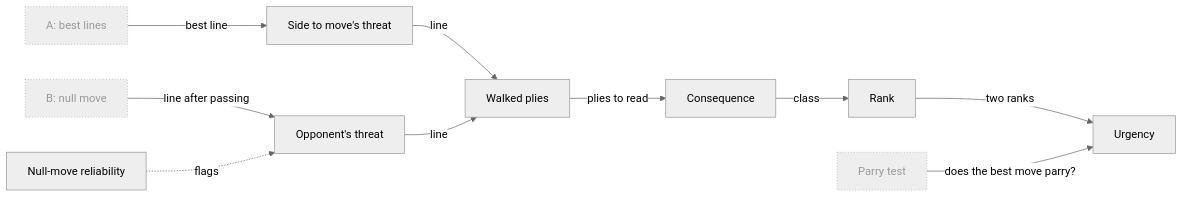
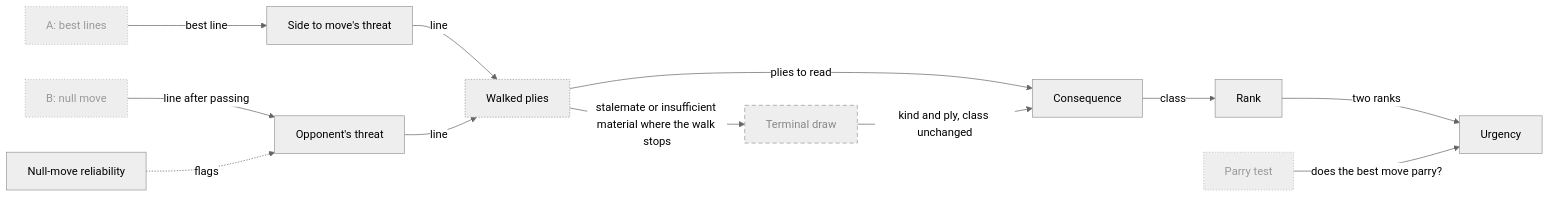
One commit to aurja/ChessWhy changed the fourth of 25 diagrams in Planning/DBC/CONCEPTS.md. Above: the diagram before and after it, drawn with Mermaid (neutral theme). The commit also changed other lines of this file and 3 other files, not shown here.

````diff
--- a/Planning/DBC/CONCEPTS.md
+++ b/Planning/DBC/CONCEPTS.md
@@ -180,25 +186,30 @@
 ```mermaid
 flowchart LR
     SearchA["A: best lines"]
     SearchB["B: null move"]
     ParryTest["Parry test"]
     SideThreat["Side to move's threat"]
     OpponentThreat["Opponent's threat"]
     NullMoveReliable["Null-move reliability"]
     WalkedPlies["Walked plies"]
     Consequence["Consequence"]
+    TerminalDraw["Terminal draw"]
     ConsequenceRank["Rank"]
     Urgency["Urgency"]
     SearchA -->|best line| SideThreat
     SearchB -->|line after passing| OpponentThreat
     NullMoveReliable -.->|flags| OpponentThreat
     SideThreat & OpponentThreat -->|line| WalkedPlies
     WalkedPlies -->|plies to read| Consequence
+    WalkedPlies -->|stalemate or insufficient material where the walk stops| TerminalDraw
+    TerminalDraw -->|kind and ply, class unchanged| Consequence
     Consequence -->|class| ConsequenceRank
     ConsequenceRank -->|two ranks| Urgency
     ParryTest -->|does the best move parry?| Urgency
     classDef planned stroke-dasharray:6 4,color:#888
     classDef partial stroke-dasharray:2 2
     classDef external stroke-dasharray:1 3,color:#999
     class SearchA,SearchB,ParryTest external
+    class WalkedPlies partial
+    class TerminalDraw planned
 ```
````
